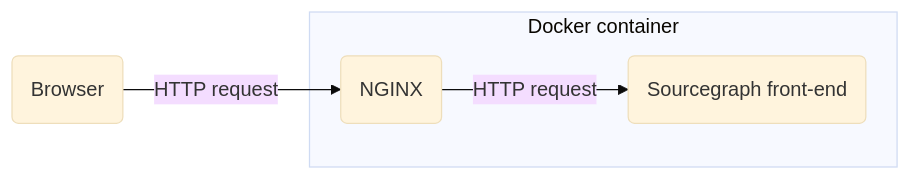
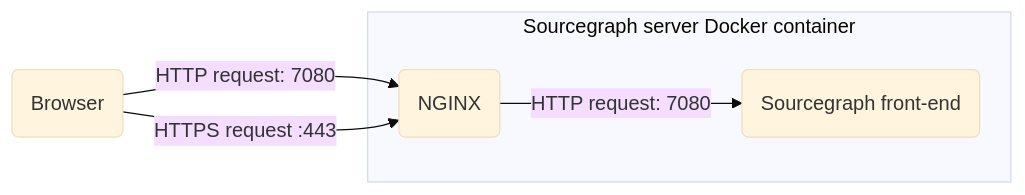
The diagram in doc/admin/img/sourcegraph-nginx.mermaid (sourcegraph/sourcegraph-public-snapshot), drawn with Mermaid (base theme) before and after one commit. The commit also changed 2 other files, not shown here.

```diff
--- a/doc/admin/img/sourcegraph-nginx.mermaid
+++ b/doc/admin/img/sourcegraph-nginx.mermaid
@@ -1,11 +1,11 @@
-%% NGINX and Sourcegraph server docker architecture
+graph LR
 
-graph LR
 A(Browser)
 B(NGINX)
 C(Sourcegraph front-end)
 
-A-->|HTTP request|B
-subgraph Docker container
-B-->|HTTP request|C
+A-->|HTTP request: 7080|B
+A-->|HTTPS request :443|B
+subgraph Sourcegraph server Docker container
+B-->|HTTP request: 7080|C
 end
```
